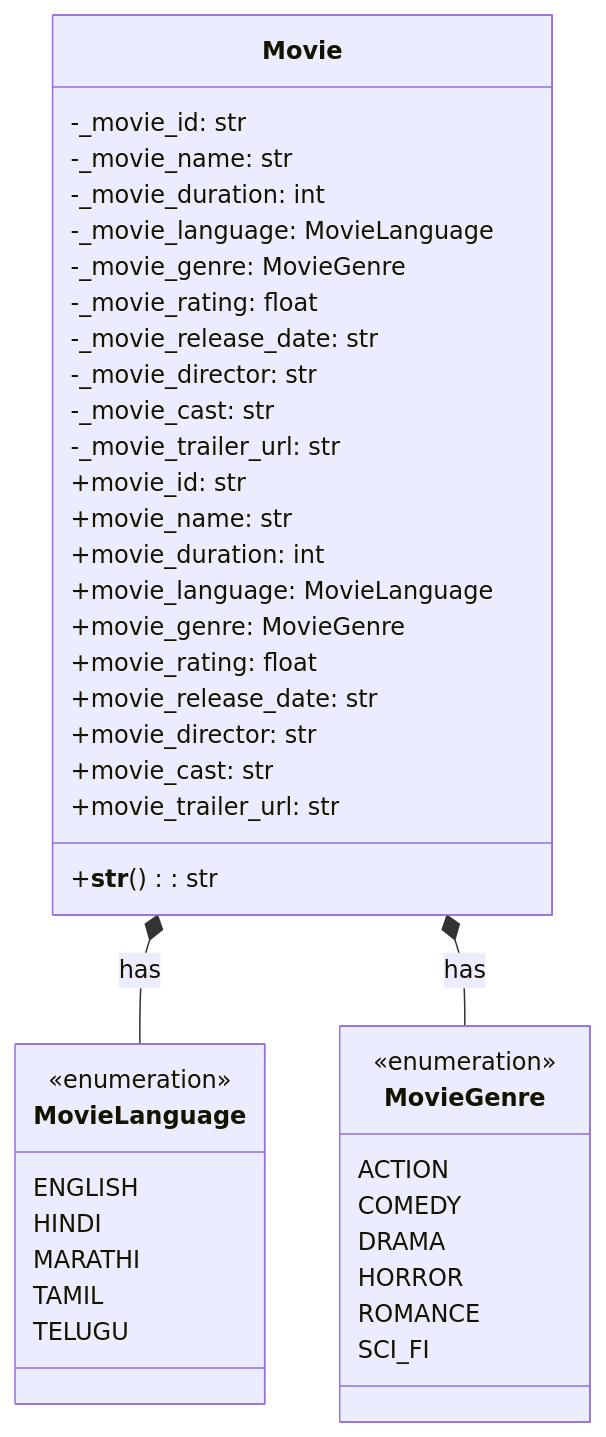
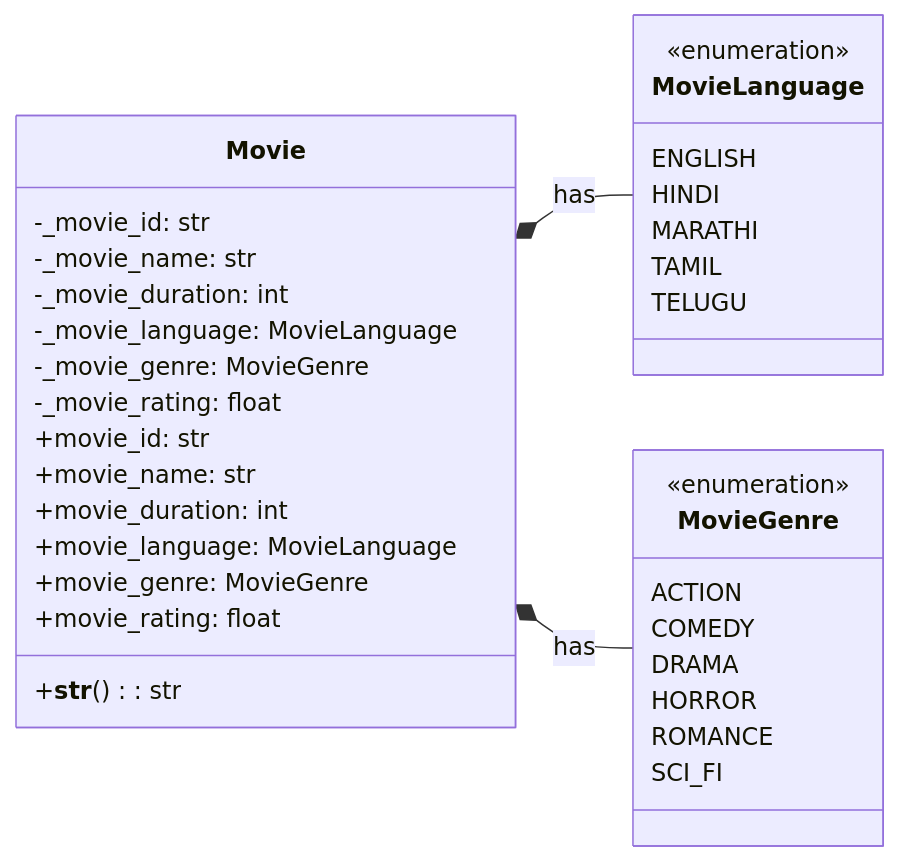
The diagram in movie-ticket-booking/uml-diagrams/01_movie_system.md (harshuljain13/Low-Level-Designs), drawn with Mermaid before and after one commit. The commit also changed other lines of this file and 30 other files, not shown here.

Commit message:
adding more uml diagrams

````diff
--- a/movie-ticket-booking/uml-diagrams/01_movie_system.md
+++ b/movie-ticket-booking/uml-diagrams/01_movie_system.md
@@ -5,48 +5,42 @@
 ```mermaid
 classDiagram
+    direction LR
+    
     class Movie {
         -_movie_id: str
         -_movie_name: str
         -_movie_duration: int
         -_movie_language: MovieLanguage
         -_movie_genre: MovieGenre
         -_movie_rating: float
-        -_movie_release_date: str
-        -_movie_director: str
-        -_movie_cast: str
-        -_movie_trailer_url: str
         +movie_id: str
         +movie_name: str
         +movie_duration: int
         +movie_language: MovieLanguage
         +movie_genre: MovieGenre
         +movie_rating: float
-        +movie_release_date: str
-        +movie_director: str
-        +movie_cast: str
-        +movie_trailer_url: str
         +__str__(): str
     }
     
     class MovieLanguage {
         <<enumeration>>
         ENGLISH
         HINDI
         MARATHI
         TAMIL
         TELUGU
     }
     
     class MovieGenre {
         <<enumeration>>
         ACTION
         COMEDY
         DRAMA
         HORROR
         ROMANCE
         SCI_FI
     }
     
     Movie *-- MovieLanguage : has
     Movie *-- MovieGenre : has
 ```
````
